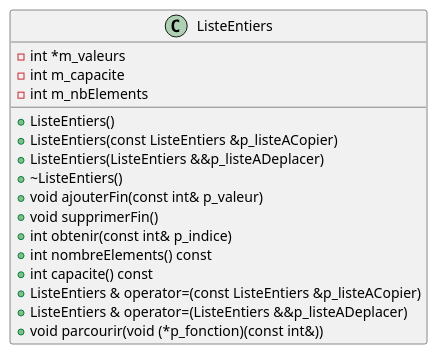
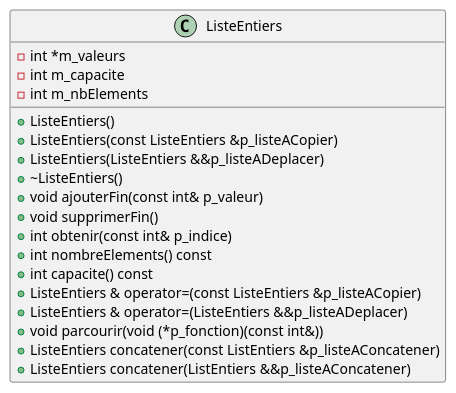
Before and after one commit to PiFou86/420-W31-SF-CPP: the diagram in Module04_GestionMemoire/diag/listeEntiers.wsd, drawn with PlantUML.

```diff
--- a/Module04_GestionMemoire/diag/listeEntiers.wsd
+++ b/Module04_GestionMemoire/diag/listeEntiers.wsd
@@ -1,21 +1,23 @@
 @startuml
 
 class ListeEntiers {
   - int *m_valeurs
   - int m_capacite
   - int m_nbElements
   + ListeEntiers()
   + ListeEntiers(const ListeEntiers &p_listeACopier)
   + ListeEntiers(ListeEntiers &&p_listeADeplacer)
   + ~ListeEntiers()
   + void ajouterFin(const int& p_valeur)
   + void supprimerFin()
   + int obtenir(const int& p_indice)
   + int nombreElements() const
   + int capacite() const
   + ListeEntiers & operator=(const ListeEntiers &p_listeACopier)
   + ListeEntiers & operator=(ListeEntiers &&p_listeADeplacer)
   + void parcourir(void (*p_fonction)(const int&))
+  + ListeEntiers concatener(const ListEntiers &p_listeAConcatener)
+  + ListeEntiers concatener(ListEntiers &&p_listeAConcatener)
 }
 
 @enduml
```
